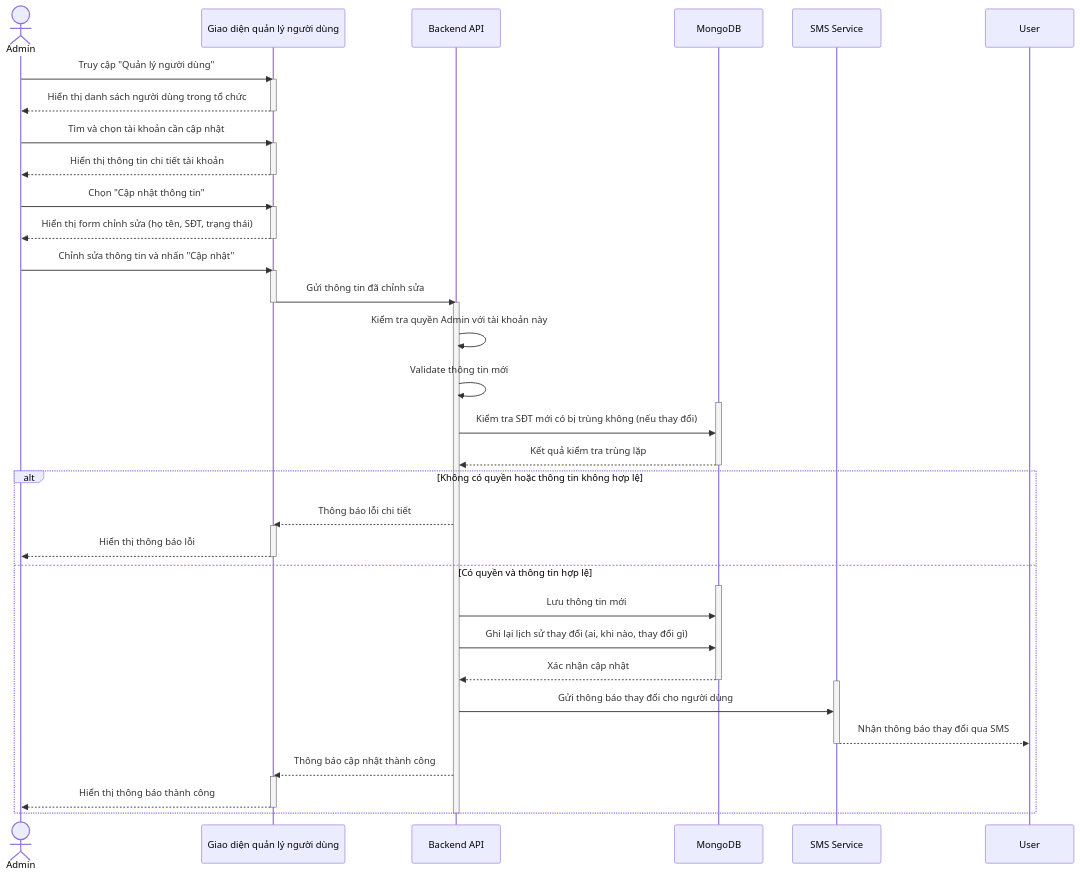
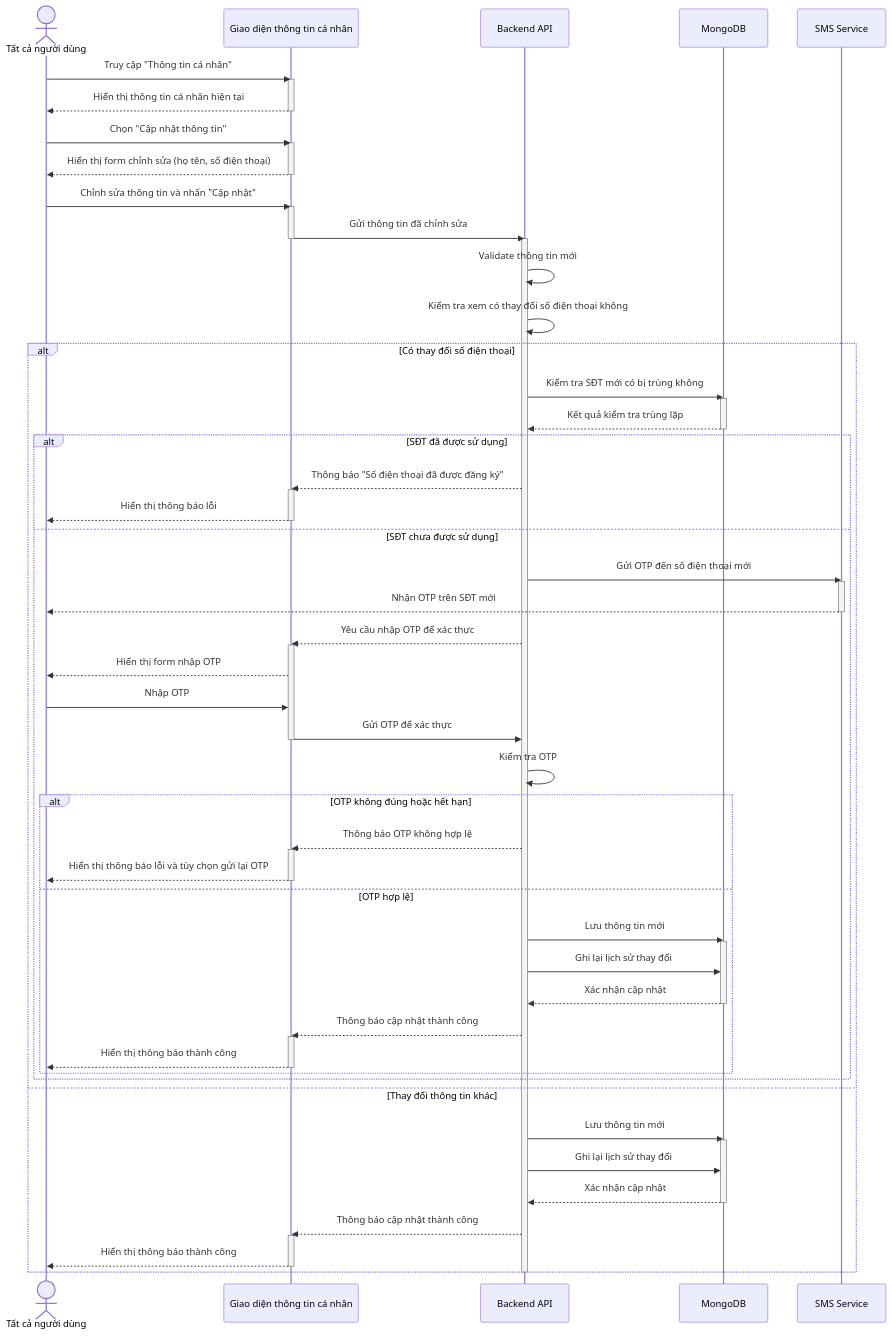
One commit to Thienpkae/DATN changed the seventh of 39 diagrams in Complete_Use_Case_Sequence_Diagrams.md. Above: the diagram before and after it, drawn with Mermaid. The commit also changed other lines of this file and 50 other files, not shown here.

````diff
--- a/Complete_Use_Case_Sequence_Diagrams.md
+++ b/Complete_Use_Case_Sequence_Diagrams.md
@@ -593,60 +515,84 @@
 ```mermaid
 sequenceDiagram
-    actor Admin as Admin
-    participant UI as Giao diện quản lý người dùng
+    actor User as Tất cả người dùng
+    participant UI as Giao diện thông tin cá nhân
     participant API as Backend API
     participant DB as MongoDB
     participant SMS as SMS Service
 
-    Admin ->> UI: Truy cập "Quản lý người dùng"
+    User ->> UI: Truy cập "Thông tin cá nhân"
     activate UI
-    UI -->> Admin: Hiển thị danh sách người dùng trong tổ chức
+    UI -->> User: Hiển thị thông tin cá nhân hiện tại
     deactivate UI
 
-    Admin ->> UI: Tìm và chọn tài khoản cần cập nhật
+    User ->> UI: Chọn "Cập nhật thông tin"
     activate UI
-    UI -->> Admin: Hiển thị thông tin chi tiết tài khoản
+    UI -->> User: Hiển thị form chỉnh sửa (họ tên, số điện thoại)
     deactivate UI
 
-    Admin ->> UI: Chọn "Cập nhật thông tin"
-    activate UI
-    UI -->> Admin: Hiển thị form chỉnh sửa (họ tên, SĐT, trạng thái)
-    deactivate UI
-
-    Admin ->> UI: Chỉnh sửa thông tin và nhấn "Cập nhật"
+    User ->> UI: Chỉnh sửa thông tin và nhấn "Cập nhật"
     activate UI
     UI ->> API: Gửi thông tin đã chỉnh sửa
     deactivate UI
 
     activate API
-    API ->> API: Kiểm tra quyền Admin với tài khoản này
     API ->> API: Validate thông tin mới
+    API ->> API: Kiểm tra xem có thay đổi số điện thoại không
 
-    activate DB
-    API ->> DB: Kiểm tra SĐT mới có bị trùng không (nếu thay đổi)
-    DB -->> API: Kết quả kiểm tra trùng lặp
-    deactivate DB
+    alt Có thay đổi số điện thoại
+        API ->> DB: Kiểm tra SĐT mới có bị trùng không
+        activate DB
+        DB -->> API: Kết quả kiểm tra trùng lặp
+        deactivate DB
 
-    alt Không có quyền hoặc thông tin không hợp lệ
-        API -->> UI: Thông báo lỗi chi tiết
-        activate UI
-        UI -->> Admin: Hiển thị thông báo lỗi
-        deactivate UI
-    else Có quyền và thông tin hợp lệ
+        alt SĐT đã được sử dụng
+            API -->> UI: Thông báo "Số điện thoại đã được đăng ký"
+            activate UI
+            UI -->> User: Hiển thị thông báo lỗi
+            deactivate UI
+        else SĐT chưa được sử dụng
+            API ->> SMS: Gửi OTP đến số điện thoại mới
+            activate SMS
+            SMS -->> User: Nhận OTP trên SĐT mới
+            deactivate SMS
+
+            API -->> UI: Yêu cầu nhập OTP để xác thực
+            activate UI
+            UI -->> User: Hiển thị form nhập OTP
+            User ->> UI: Nhập OTP
+            UI ->> API: Gửi OTP để xác thực
+            deactivate UI
+
+            API ->> API: Kiểm tra OTP
+
+            alt OTP không đúng hoặc hết hạn
+                API -->> UI: Thông báo OTP không hợp lệ
+                activate UI
+                UI -->> User: Hiển thị thông báo lỗi và tùy chọn gửi lại OTP
+                deactivate UI
+            else OTP hợp lệ
+                API ->> DB: Lưu thông tin mới
+                activate DB
+                API ->> DB: Ghi lại lịch sử thay đổi
+                DB -->> API: Xác nhận cập nhật
+                deactivate DB
+
+                API -->> UI: Thông báo cập nhật thành công
+                activate UI
+                UI -->> User: Hiển thị thông báo thành công
+                deactivate UI
+            end
+        end
+    else Thay đổi thông tin khác
+        API ->> DB: Lưu thông tin mới
         activate DB
-        API ->> DB: Lưu thông tin mới
-        API ->> DB: Ghi lại lịch sử thay đổi (ai, khi nào, thay đổi gì)
+        API ->> DB: Ghi lại lịch sử thay đổi
         DB -->> API: Xác nhận cập nhật
         deactivate DB
 
-        activate SMS
-        API ->> SMS: Gửi thông báo thay đổi cho người dùng
-        SMS -->> User: Nhận thông báo thay đổi qua SMS
-        deactivate SMS
-
         API -->> UI: Thông báo cập nhật thành công
         activate UI
-        UI -->> Admin: Hiển thị thông báo thành công
+        UI -->> User: Hiển thị thông báo thành công
         deactivate UI
     end
 
````
